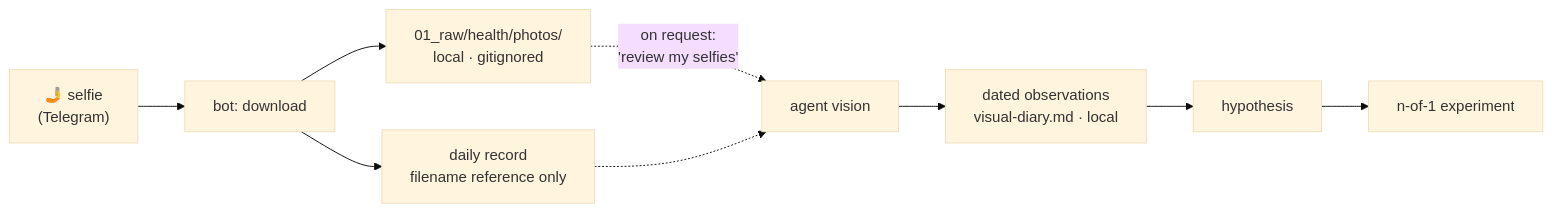
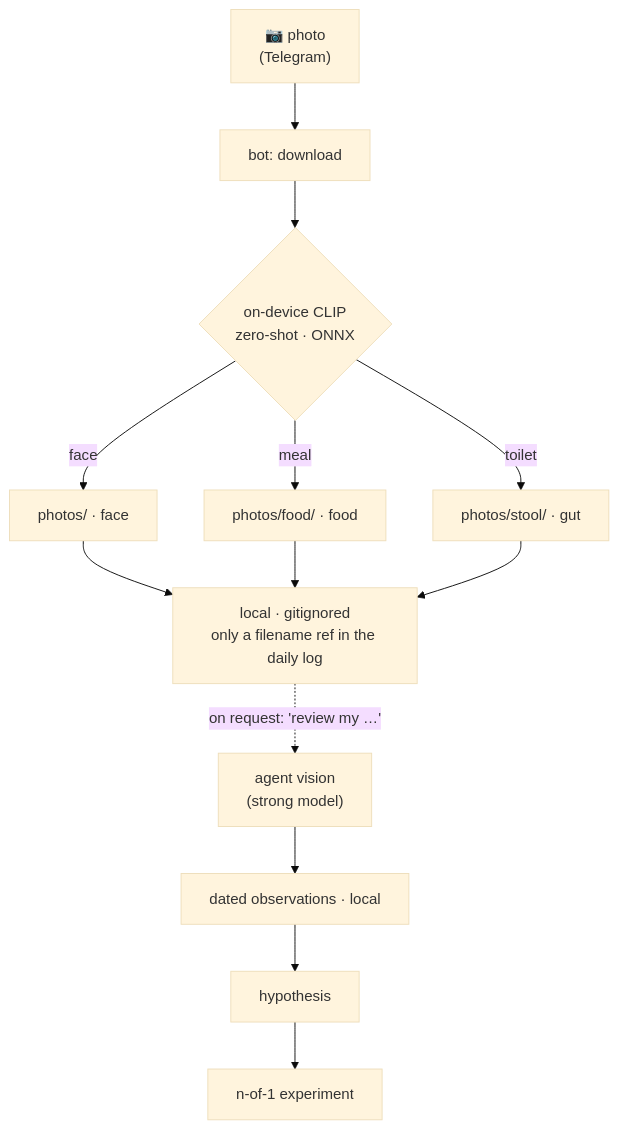
Before and after one commit to cryptoyoginya/harness-health-engineering: the second of 2 diagrams in README.md, drawn with Mermaid (base theme). The commit also changed other lines of this file, not shown here.

First line of the commit message:
docs(readme): три фото-дневника + методики еды/стула + акцент на on-device зрении

````diff
--- a/README.md
+++ b/README.md
@@ -141,11 +147,14 @@
 ```mermaid
-flowchart LR
-    P["🤳 selfie<br/>(Telegram)"] --> BOT["bot: download"]
-    BOT --> STORE["01_raw/health/photos/<br/>local · gitignored"]
-    BOT --> LOG["daily record<br/>filename reference only"]
-    STORE -.->|"on request:<br/>'review my selfies'"| AGENT["agent vision"]
-    LOG -.-> AGENT
-    AGENT --> OBS["dated observations<br/>visual-diary.md · local"]
-    OBS --> HYP["hypothesis"]
-    HYP --> EXP["n-of-1 experiment"]
+flowchart TD
+    P["📷 photo<br/>(Telegram)"] --> DL["bot: download"]
+    DL --> CLIP{"on-device CLIP<br/>zero-shot · ONNX"}
+    CLIP -->|face| S1["photos/ · face"]
+    CLIP -->|meal| S2["photos/food/ · food"]
+    CLIP -->|toilet| S3["photos/stool/ · gut"]
+    S1 --> STORE["local · gitignored<br/>only a filename ref in the daily log"]
+    S2 --> STORE
+    S3 --> STORE
+    STORE -.->|"on request: 'review my …'"| AGENT["agent vision<br/>(strong model)"]
+    AGENT --> OBS["dated observations · local"]
+    OBS --> HYP["hypothesis"] --> EXP["n-of-1 experiment"]
 ```
````
